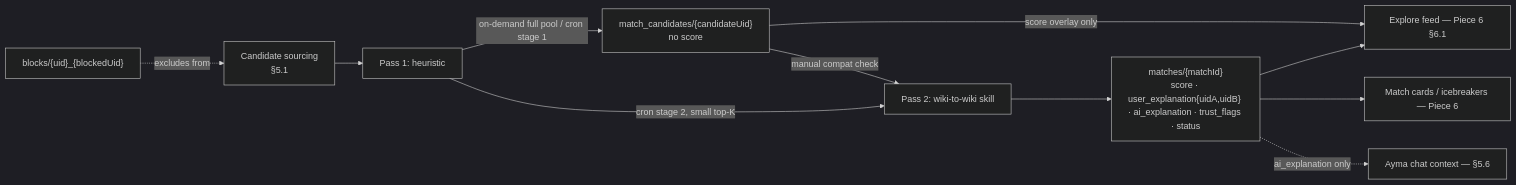
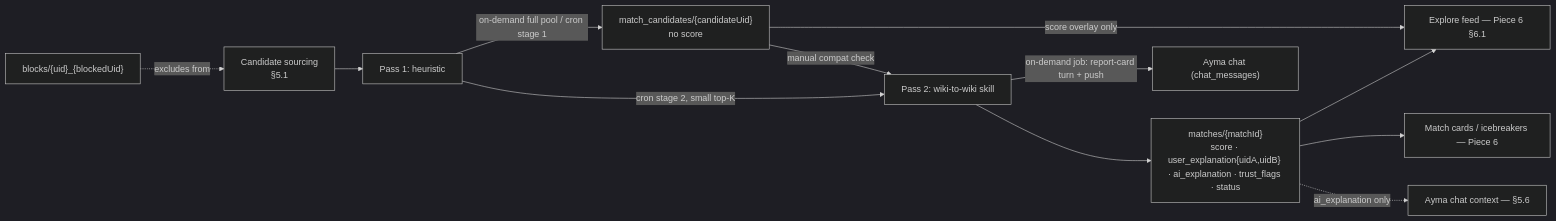
The seventh of 7 diagrams in docs/ARCHITECTURE.md (suhailps93/ayma-v2), drawn with Mermaid (dark theme) before and after one commit. The commit also changed other lines of this file and 25 other files, not shown here.

````diff
--- a/docs/ARCHITECTURE.md
+++ b/docs/ARCHITECTURE.md
@@ -547,15 +564,16 @@
 ```mermaid
 flowchart LR
   Src[Candidate sourcing<br/>§5.1] --> P1[Pass 1: heuristic]
   P1 -->|on-demand full pool / cron stage 1| Cand["match_candidates/{candidateUid}<br/>no score"]
   Cand -->|score overlay only| Explore[Explore feed — Piece 6 §6.1]
 
   Cand -->|manual compat check| P2[Pass 2: wiki-to-wiki skill]
   P1 -->|cron stage 2, small top-K| P2
   P2 --> Match["matches/{matchId}<br/>score · user_explanation{uidA,uidB} · ai_explanation · trust_flags · status"]
   Match --> Explore
   Match --> Cards[Match cards / icebreakers — Piece 6]
   Match -.->|ai_explanation only| Ayma[Ayma chat context — §5.6]
+  P2 -->|on-demand job: report-card turn + push| Chat["Ayma chat (chat_messages)"]
 
   Block["blocks/{uid}_{blockedUid}"] -.->|excludes from| Src
 ```
````
